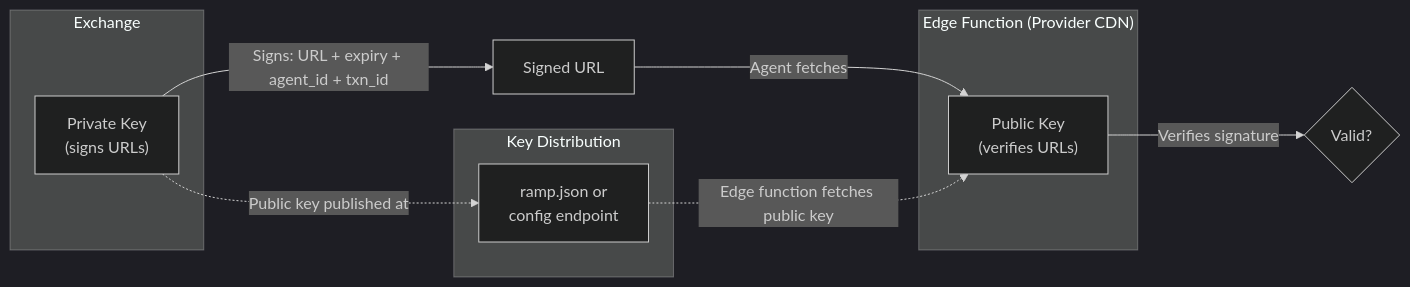
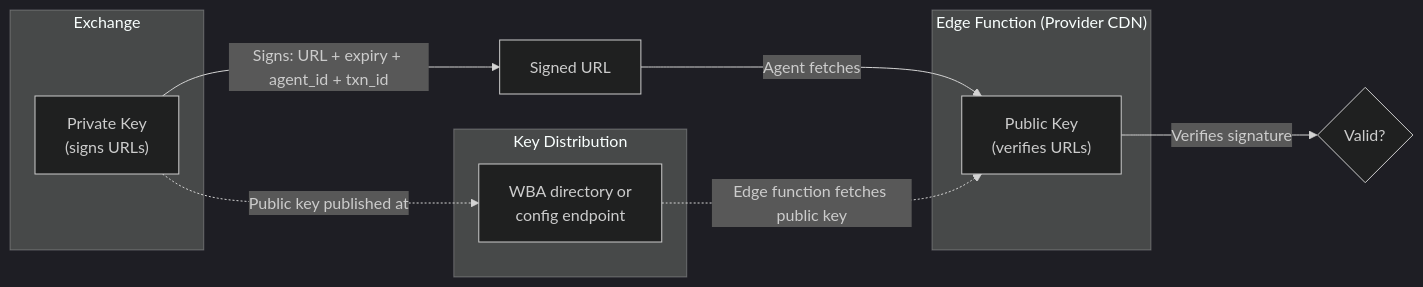
One commit to RAMP-Protocol/protocol changed the fifth of 5 diagrams in website/src/content/docs/components/edge-function/signed-url-verification.mdx. Above: the diagram before and after it, drawn with Mermaid (dark theme). The commit also changed other lines of this file and 18 other files, not shown here.

First line of the commit message:
docs: finish the key-lookup migration — keys resolve in the WBA directory everywhere

````diff
--- a/website/src/content/docs/components/edge-function/signed-url-verification.mdx
+++ b/website/src/content/docs/components/edge-function/signed-url-verification.mdx
@@ -247,20 +247,20 @@
 ```mermaid
 graph LR
     subgraph "Exchange"
         PRIV_KEY["Private Key<br/>(signs URLs)"]
     end
 
     subgraph "Edge Function (Provider CDN)"
         PUB_KEY["Public Key<br/>(verifies URLs)"]
     end
 
     subgraph "Key Distribution"
-        RAMP_JSON["ramp.json or<br/>config endpoint"]
+        WBA_DIR["WBA directory or<br/>config endpoint"]
     end
 
     PRIV_KEY -->|"Signs: URL + expiry + agent_id + txn_id"| SIGNED_URL[Signed URL]
     SIGNED_URL -->|"Agent fetches"| PUB_KEY
     PUB_KEY -->|"Verifies signature"| DECISION{Valid?}
-    PRIV_KEY -.->|"Public key published at"| RAMP_JSON
-    RAMP_JSON -.->|"Edge function fetches public key"| PUB_KEY
+    PRIV_KEY -.->|"Public key published at"| WBA_DIR
+    WBA_DIR -.->|"Edge function fetches public key"| PUB_KEY
 ```
````
